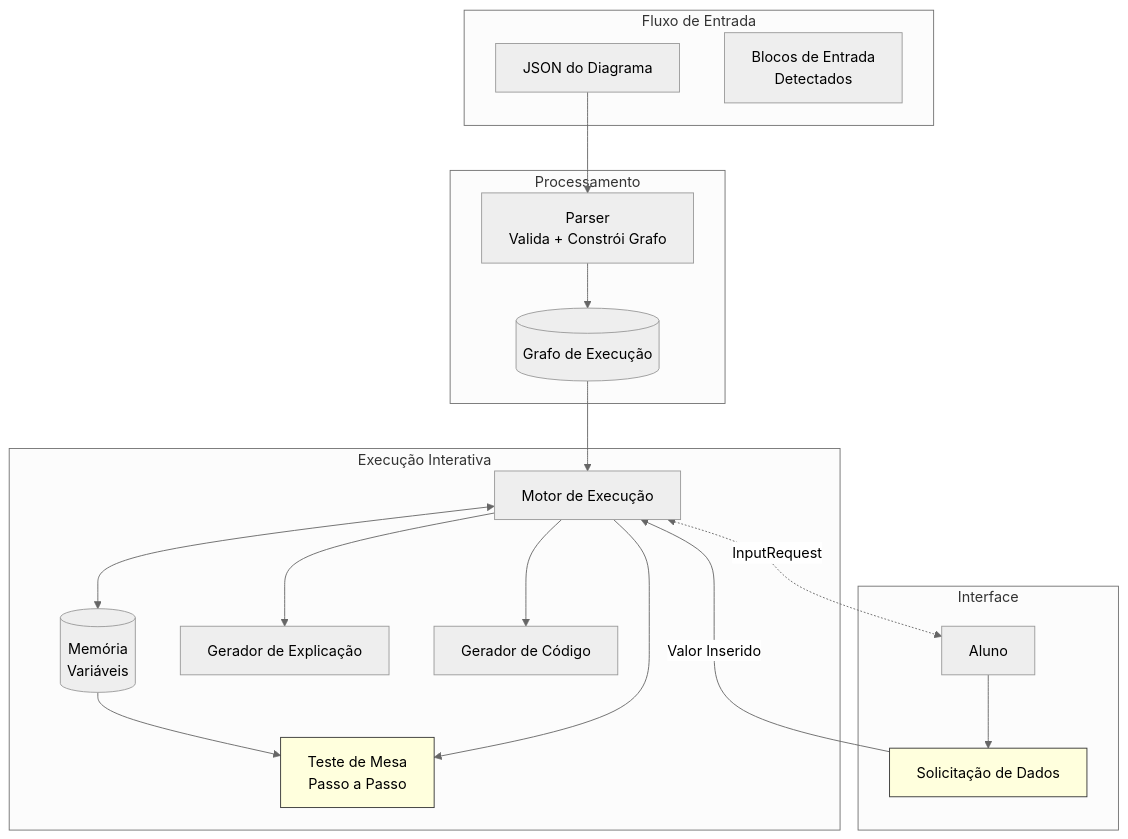
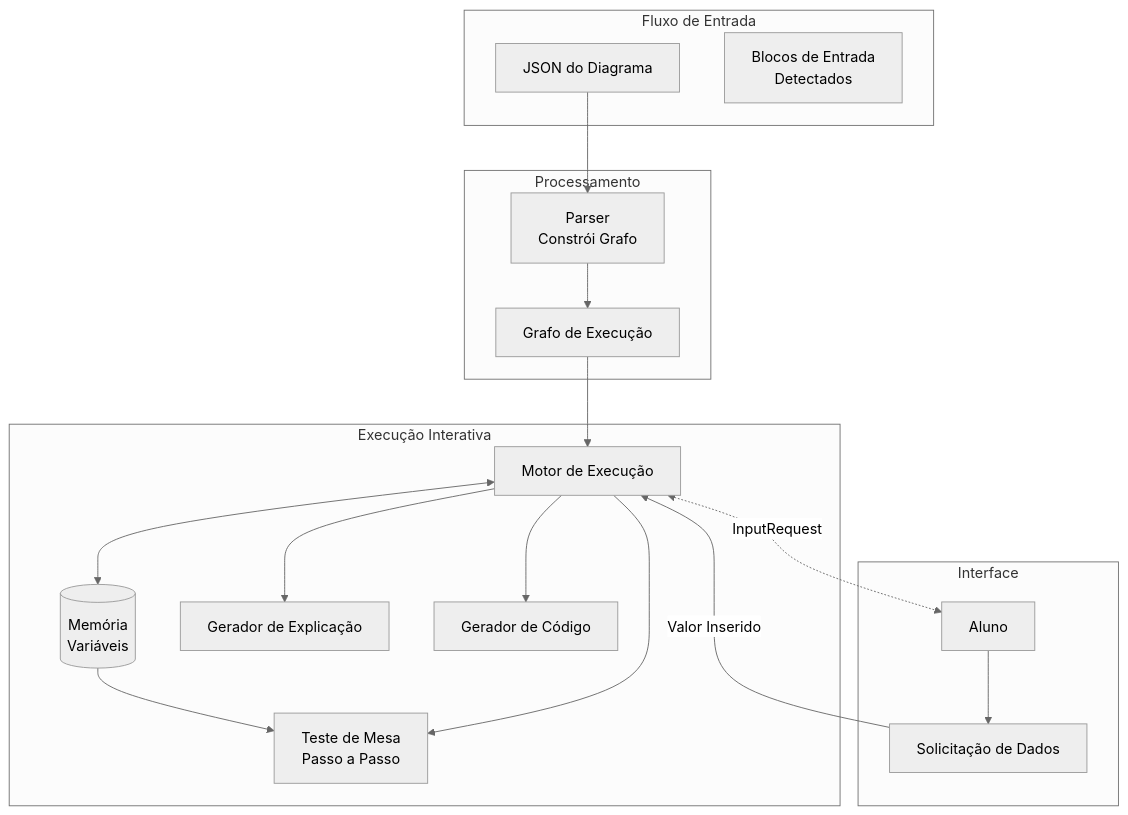
Before and after one commit to si-utfpr-gp/blade: the third of 7 diagrams in docs/ssd.md, drawn with Mermaid (neutral theme). The commit also changed other lines of this file and 1 other file, not shown here.

Commit message:
docs: move structural validation to builder module, fix mermaid diagrams for GitHub rendering

````diff
--- a/docs/ssd.md
+++ b/docs/ssd.md
@@ -239,40 +226,33 @@
 ```mermaid
-flowchart TB
+graph TB
     subgraph Input["Fluxo de Entrada"]
         JSON[JSON do Diagrama]
         INPUT_BLOCK[Blocos de Entrada<br/>Detectados]
     end
-
     subgraph Processing["Processamento"]
-        P[Parser<br/>Valida + Constrói Grafo]
-        GRAPH[(Grafo de Execução)]
+        P[Parser<br/>Constrói Grafo]
+        GRAPH[Grafo de Execução]
     end
-
     subgraph Execution["Execução Interativa"]
         EXE[Motor de Execução]
         MEM[(Memória<br/>Variáveis)]
         TM[Teste de Mesa<br/>Passo a Passo]
         EXP[Gerador de Explicação]
         CODE[Gerador de Código]
     end
-
     subgraph UI["Interface"]
         A[Aluno]
         INPUT_UI[Solicitação de Dados]
     end
-
     JSON --> P
     P --> GRAPH
     GRAPH --> EXE
     EXE <--> MEM
     MEM --> TM
     EXE --> TM
     EXE --> EXP
     EXE --> CODE
     EXE <-.->|"InputRequest"| A
     A --> INPUT_UI
     INPUT_UI -->|"Valor Inserido"| EXE
-
-    style TM fill:#ffd,stroke:#333
-    style INPUT_UI fill:#ffd,stroke:#333
 ```
````
